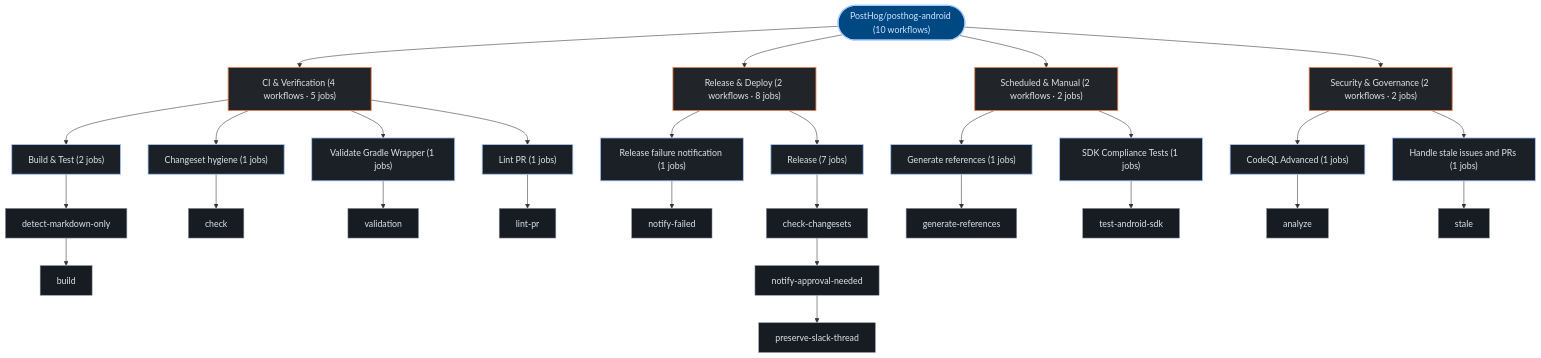
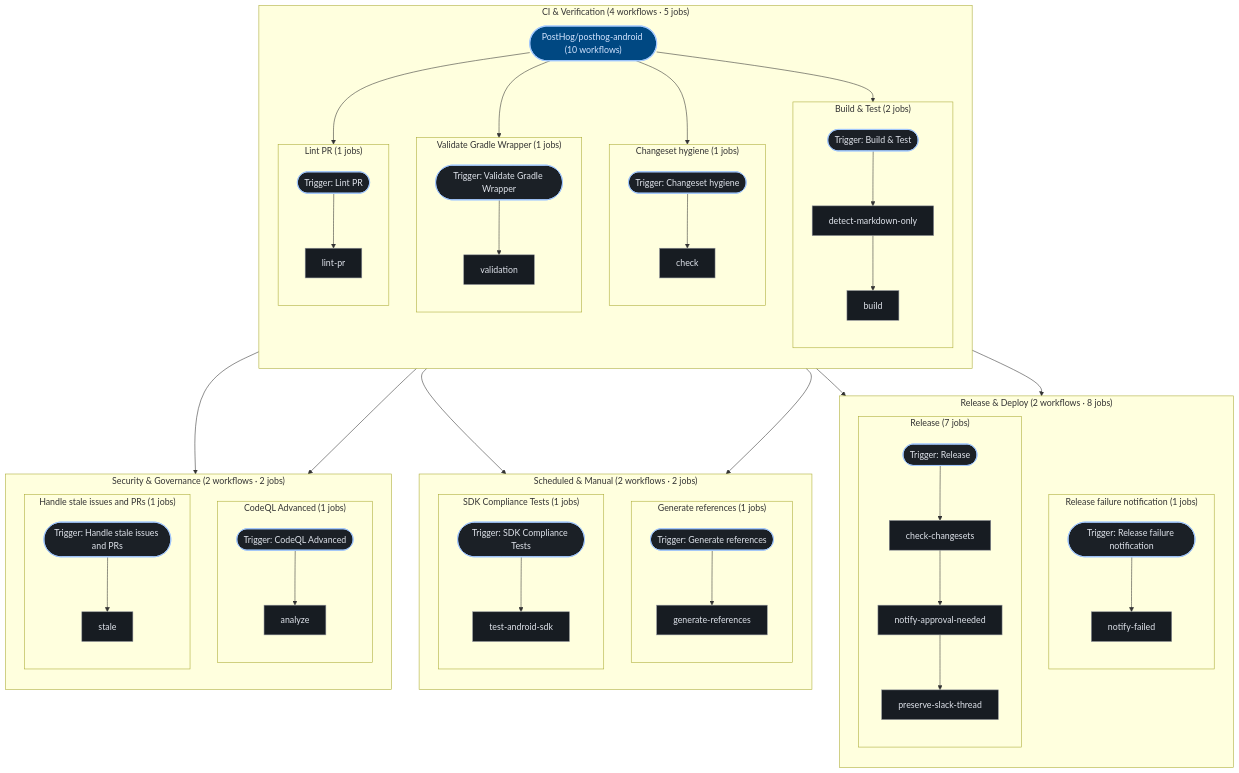
One commit to kumarshaz/atruss-code-atlas changed the third of 3 diagrams in exports/latest/reports/PostHog-posthog-android-report.md. Above: the diagram before and after it, drawn with Mermaid. The commit also changed 181 other files, not shown here.

````diff
--- a/exports/latest/reports/PostHog-posthog-android-report.md
+++ b/exports/latest/reports/PostHog-posthog-android-report.md
@@ -209,58 +209,92 @@
   classDef atlasAlert fill:#93000a,stroke:#ffb4ab,stroke-width:1.5px,color:#ffdad6
   classDef atlasMore fill:#252a31,stroke:#8d9199,stroke-dasharray:4 4,color:#c3c6cf
   pipeline_root(["PostHog/posthog-android (10 workflows)"]):::atlasRoot
-  grp_0_CI___Verification["CI & Verification (4 workflows · 5 jobs)"]:::atlasCategory
-  pipeline_root --> grp_0_CI___Verification
-  wf_0_Build___Test["Build & Test (2 jobs)"]:::atlasWorkflow
-  grp_0_CI___Verification --> wf_0_Build___Test
-  job_0_detect_markdown_only["detect-markdown-only"]:::atlasJob
-  job_0_build["build"]:::atlasJob
-  wf_0_Build___Test --> job_0_detect_markdown_only
-  job_0_detect_markdown_only --> job_0_build
-  wf_1_Changeset_hygiene["Changeset hygiene (1 jobs)"]:::atlasWorkflow
-  grp_0_CI___Verification --> wf_1_Changeset_hygiene
-  job_1_check["check"]:::atlasJob
-  wf_1_Changeset_hygiene --> job_1_check
-  wf_4_Validate_Gradle_Wrapper["Validate Gradle Wrapper (1 jobs)"]:::atlasWorkflow
-  grp_0_CI___Verification --> wf_4_Validate_Gradle_Wrapper
-  job_4_validation["validation"]:::atlasJob
-  wf_4_Validate_Gradle_Wrapper --> job_4_validation
-  wf_5_Lint_PR["Lint PR (1 jobs)"]:::atlasWorkflow
-  grp_0_CI___Verification --> wf_5_Lint_PR
-  job_5_lint_pr["lint-pr"]:::atlasJob
-  wf_5_Lint_PR --> job_5_lint_pr
-  grp_1_Release___Deploy["Release & Deploy (2 workflows · 8 jobs)"]:::atlasCategory
-  pipeline_root --> grp_1_Release___Deploy
-  wf_6_Release_failure_notification["Release failure notification (1 jobs)"]:::atlasWorkflow
-  grp_1_Release___Deploy --> wf_6_Release_failure_notification
-  job_6_notify_failed["notify-failed"]:::atlasJob
-  wf_6_Release_failure_notification --> job_6_notify_failed
-  wf_7_Release["Release (7 jobs)"]:::atlasWorkflow
-  grp_1_Release___Deploy --> wf_7_Release
-  job_7_check_changesets["check-changesets"]:::atlasJob
-  job_7_notify_approval_needed["notify-approval-needed"]:::atlasJob
-  job_7_preserve_slack_thread["preserve-slack-thread"]:::atlasJob
-  wf_7_Release --> job_7_check_changesets
-  job_7_check_changesets --> job_7_notify_approval_needed
-  job_7_notify_approval_needed --> job_7_preserve_slack_thread
-  grp_2_Scheduled___Manual["Scheduled & Manual (2 workflows · 2 jobs)"]:::atlasCategory
-  pipeline_root --> grp_2_Scheduled___Manual
-  wf_3_Generate_references["Generate references (1 jobs)"]:::atlasWorkflow
-  grp_2_Scheduled___Manual --> wf_3_Generate_references
-  job_3_generate_references["generate-references"]:::atlasJob
-  wf_3_Generate_references --> job_3_generate_references
-  wf_8_SDK_Compliance_Tests["SDK Compliance Tests (1 jobs)"]:::atlasWorkflow
-  grp_2_Scheduled___Manual --> wf_8_SDK_Compliance_Tests
-  job_8_test_android_sdk["test-android-sdk"]:::atlasJob
-  wf_8_SDK_Compliance_Tests --> job_8_test_android_sdk
-  grp_3_Security___Governance["Security & Governance (2 workflows · 2 jobs)"]:::atlasCategory
-  pipeline_root --> grp_3_Security___Governance
-  wf_2_CodeQL_Advanced["CodeQL Advanced (1 jobs)"]:::atlasWorkflow
-  grp_3_Security___Governance --> wf_2_CodeQL_Advanced
-  job_2_analyze["analyze"]:::atlasJob
-  wf_2_CodeQL_Advanced --> job_2_analyze
-  wf_9_Handle_stale_issues_and_PRs["Handle stale issues and PRs (1 jobs)"]:::atlasWorkflow
-  grp_3_Security___Governance --> wf_9_Handle_stale_issues_and_PRs
-  job_9_stale["stale"]:::atlasJob
-  wf_9_Handle_stale_issues_and_PRs --> job_9_stale
+  subgraph sg_grp_0_CI___Verification["CI & Verification (4 workflows · 5 jobs)"]
+    direction TB
+    subgraph sg_wf_0_Build___Test["Build & Test (2 jobs)"]
+      direction TB
+      wf_0_Build___Test(["Trigger: Build & Test"]):::atlasWorkflow
+      job_0_detect_markdown_only["detect-markdown-only"]:::atlasJob
+      job_0_build["build"]:::atlasJob
+      wf_0_Build___Test --> job_0_detect_markdown_only
+      job_0_detect_markdown_only --> job_0_build
+    end
+    pipeline_root --> wf_0_Build___Test
+    subgraph sg_wf_1_Changeset_hygiene["Changeset hygiene (1 jobs)"]
+      direction TB
+      wf_1_Changeset_hygiene(["Trigger: Changeset hygiene"]):::atlasWorkflow
+      job_1_check["check"]:::atlasJob
+      wf_1_Changeset_hygiene --> job_1_check
+    end
+    pipeline_root --> wf_1_Changeset_hygiene
+    subgraph sg_wf_4_Validate_Gradle_Wrapper["Validate Gradle Wrapper (1 jobs)"]
+      direction TB
+      wf_4_Validate_Gradle_Wrapper(["Trigger: Validate Gradle Wrapper"]):::atlasWorkflow
+      job_4_validation["validation"]:::atlasJob
+      wf_4_Validate_Gradle_Wrapper --> job_4_validation
+    end
+    pipeline_root --> wf_4_Validate_Gradle_Wrapper
+    subgraph sg_wf_5_Lint_PR["Lint PR (1 jobs)"]
+      direction TB
+      wf_5_Lint_PR(["Trigger: Lint PR"]):::atlasWorkflow
+      job_5_lint_pr["lint-pr"]:::atlasJob
+      wf_5_Lint_PR --> job_5_lint_pr
+    end
+    pipeline_root --> wf_5_Lint_PR
+  end
+  subgraph sg_grp_1_Release___Deploy["Release & Deploy (2 workflows · 8 jobs)"]
+    direction TB
+    subgraph sg_wf_6_Release_failure_notification["Release failure notification (1 jobs)"]
+      direction TB
+      wf_6_Release_failure_notification(["Trigger: Release failure notification"]):::atlasWorkflow
+      job_6_notify_failed["notify-failed"]:::atlasJob
+      wf_6_Release_failure_notification --> job_6_notify_failed
+    end
+    pipeline_root --> wf_6_Release_failure_notification
+    subgraph sg_wf_7_Release["Release (7 jobs)"]
+      direction TB
+      wf_7_Release(["Trigger: Release"]):::atlasWorkflow
+      job_7_check_changesets["check-changesets"]:::atlasJob
+      job_7_notify_approval_needed["notify-approval-needed"]:::atlasJob
+      job_7_preserve_slack_thread["preserve-slack-thread"]:::atlasJob
+      wf_7_Release --> job_7_check_changesets
+      job_7_check_changesets --> job_7_notify_approval_needed
+      job_7_notify_approval_needed --> job_7_preserve_slack_thread
+    end
+    pipeline_root --> wf_7_Release
+  end
+  subgraph sg_grp_2_Scheduled___Manual["Scheduled & Manual (2 workflows · 2 jobs)"]
+    direction TB
+    subgraph sg_wf_3_Generate_references["Generate references (1 jobs)"]
+      direction TB
+      wf_3_Generate_references(["Trigger: Generate references"]):::atlasWorkflow
+      job_3_generate_references["generate-references"]:::atlasJob
+      wf_3_Generate_references --> job_3_generate_references
+    end
+    pipeline_root --> wf_3_Generate_references
+    subgraph sg_wf_8_SDK_Compliance_Tests["SDK Compliance Tests (1 jobs)"]
+      direction TB
+      wf_8_SDK_Compliance_Tests(["Trigger: SDK Compliance Tests"]):::atlasWorkflow
+      job_8_test_android_sdk["test-android-sdk"]:::atlasJob
+      wf_8_SDK_Compliance_Tests --> job_8_test_android_sdk
+    end
+    pipeline_root --> wf_8_SDK_Compliance_Tests
+  end
+  subgraph sg_grp_3_Security___Governance["Security & Governance (2 workflows · 2 jobs)"]
+    direction TB
+    subgraph sg_wf_2_CodeQL_Advanced["CodeQL Advanced (1 jobs)"]
+      direction TB
+      wf_2_CodeQL_Advanced(["Trigger: CodeQL Advanced"]):::atlasWorkflow
+      job_2_analyze["analyze"]:::atlasJob
+      wf_2_CodeQL_Advanced --> job_2_analyze
+    end
+    pipeline_root --> wf_2_CodeQL_Advanced
+    subgraph sg_wf_9_Handle_stale_issues_and_PRs["Handle stale issues and PRs (1 jobs)"]
+      direction TB
+      wf_9_Handle_stale_issues_and_PRs(["Trigger: Handle stale issues and PRs"]):::atlasWorkflow
+      job_9_stale["stale"]:::atlasJob
+      wf_9_Handle_stale_issues_and_PRs --> job_9_stale
+    end
+    pipeline_root --> wf_9_Handle_stale_issues_and_PRs
+  end
 ```
````
